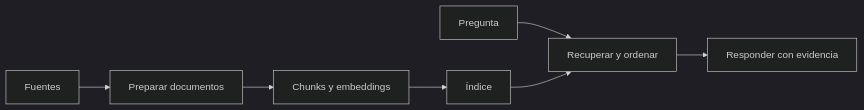
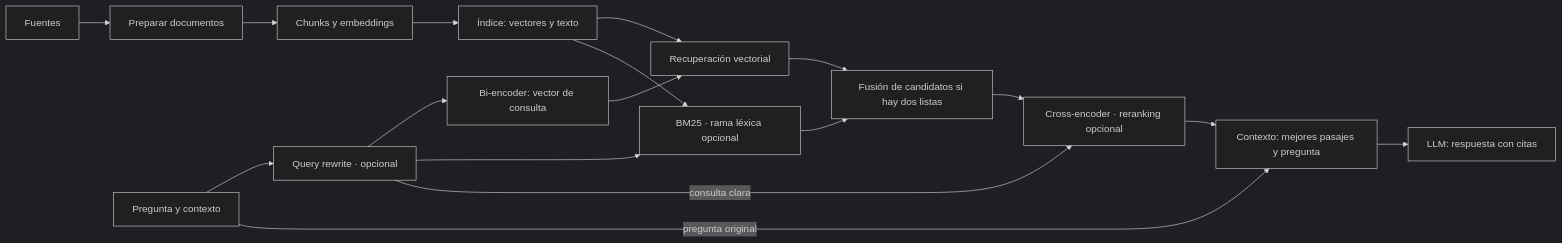
Before and after one commit to BenjaSchindler/AI-Engineering: the diagram in rag/RAG.md, drawn with Mermaid (dark theme). The commit also changed other lines of this file and 149 other files, not shown here.

````diff
--- a/rag/RAG.md
+++ b/rag/RAG.md
@@ -13,9 +13,19 @@
 ```mermaid
 flowchart LR
   a[Fuentes] --> b[Preparar documentos]
   b --> c[Chunks y embeddings]
-  c --> d[Índice]
-  q[Pregunta] --> r[Recuperar y ordenar]
-  d --> r
-  r --> g[Responder con evidencia]
+  c --> d[Índice: vectores y texto]
+  q[Pregunta y contexto] --> rw[Query rewrite · opcional]
+  rw --> be[Bi-encoder: vector de consulta]
+  rw --> bm[BM25 · rama léxica opcional]
+  be --> v[Recuperación vectorial]
+  d --> v
+  d --> bm
+  v --> f[Fusión de candidatos si hay dos listas]
+  bm --> f
+  f --> ce[Cross-encoder · reranking opcional]
+  rw -->|consulta clara| ce
+  ce --> ctx[Contexto: mejores pasajes y pregunta]
+  q -->|pregunta original| ctx
+  ctx --> g[LLM: respuesta con citas]
 ```
````
